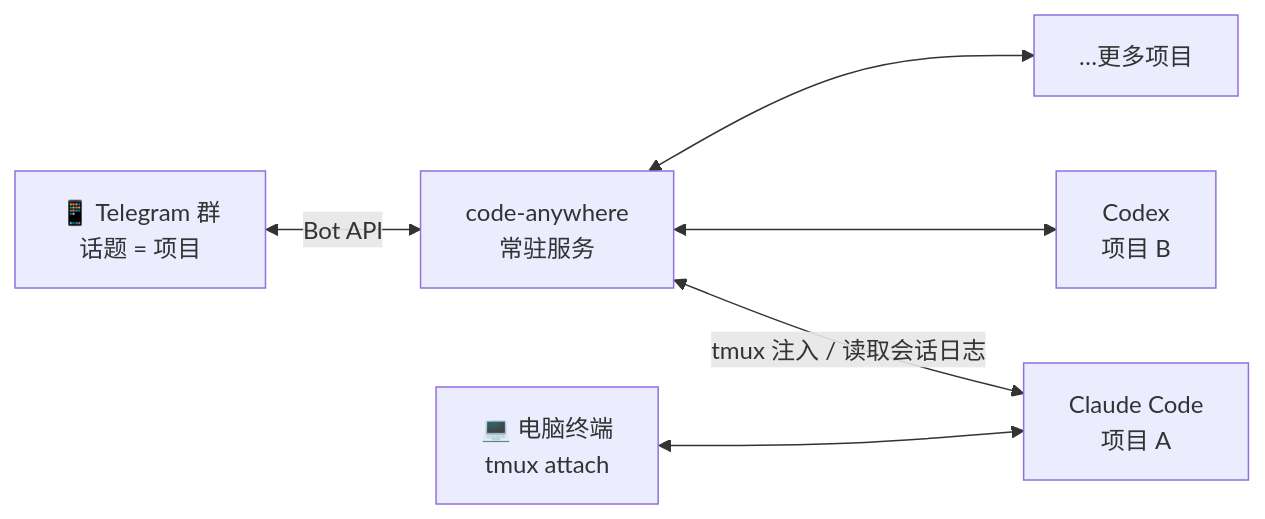
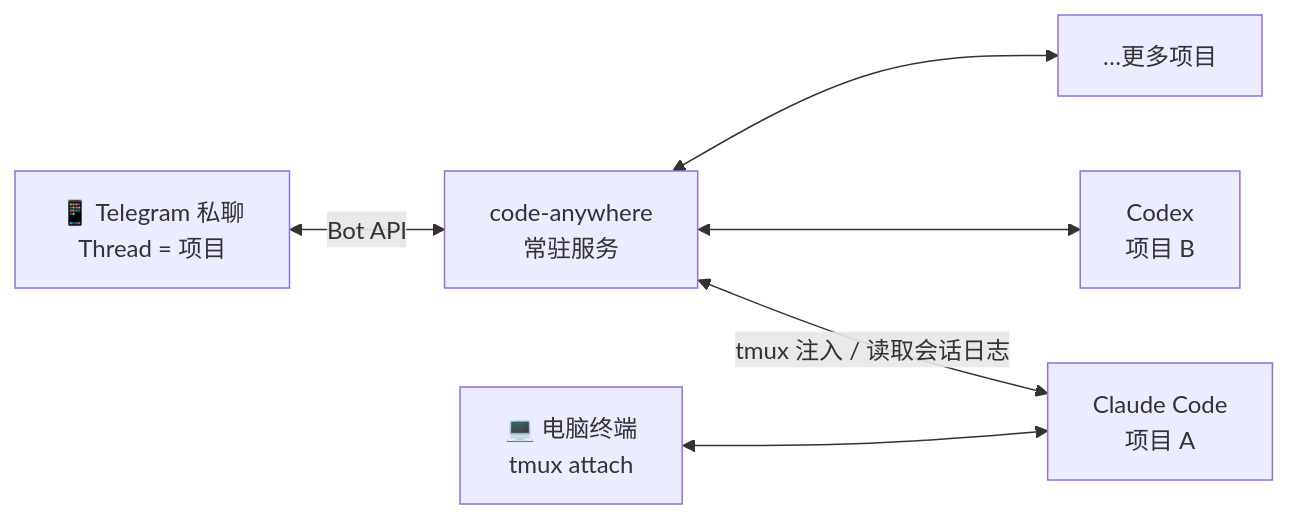
Before and after one commit to gowcar/code-anywhere: the first of 2 diagrams in README.md, drawn with Mermaid. The commit also changed other lines of this file, not shown here.

Commit message:
docs: README 快速开始改为 5 步（准备什么、建 bot、安装、开始用、在 Thread 里要能力）

````diff
--- a/README.md
+++ b/README.md
@@ -7,8 +7,8 @@
 ```mermaid
 flowchart LR
-    phone["📱 Telegram 群<br/>话题 = 项目"] <-->|Bot API| bridge["code-anywhere<br/>常驻服务"]
+    phone["📱 Telegram 私聊<br/>Thread = 项目"] <-->|Bot API| bridge["code-anywhere<br/>常驻服务"]
     bridge <-->|tmux 注入 / 读取会话日志| cli1["Claude Code<br/>项目 A"]
     bridge <--> cli2["Codex<br/>项目 B"]
     bridge <--> cli3["…更多项目"]
     laptop["💻 电脑终端<br/>tmux attach"] <--> cli1
 ```
````
